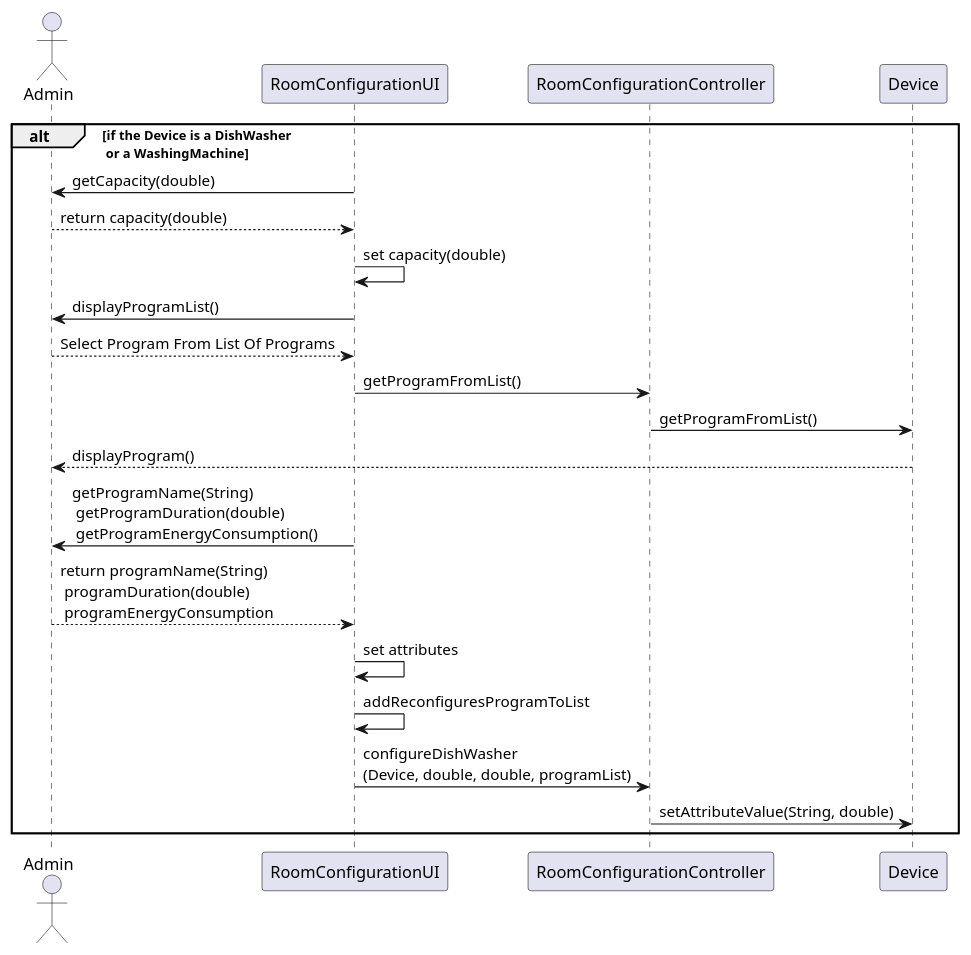
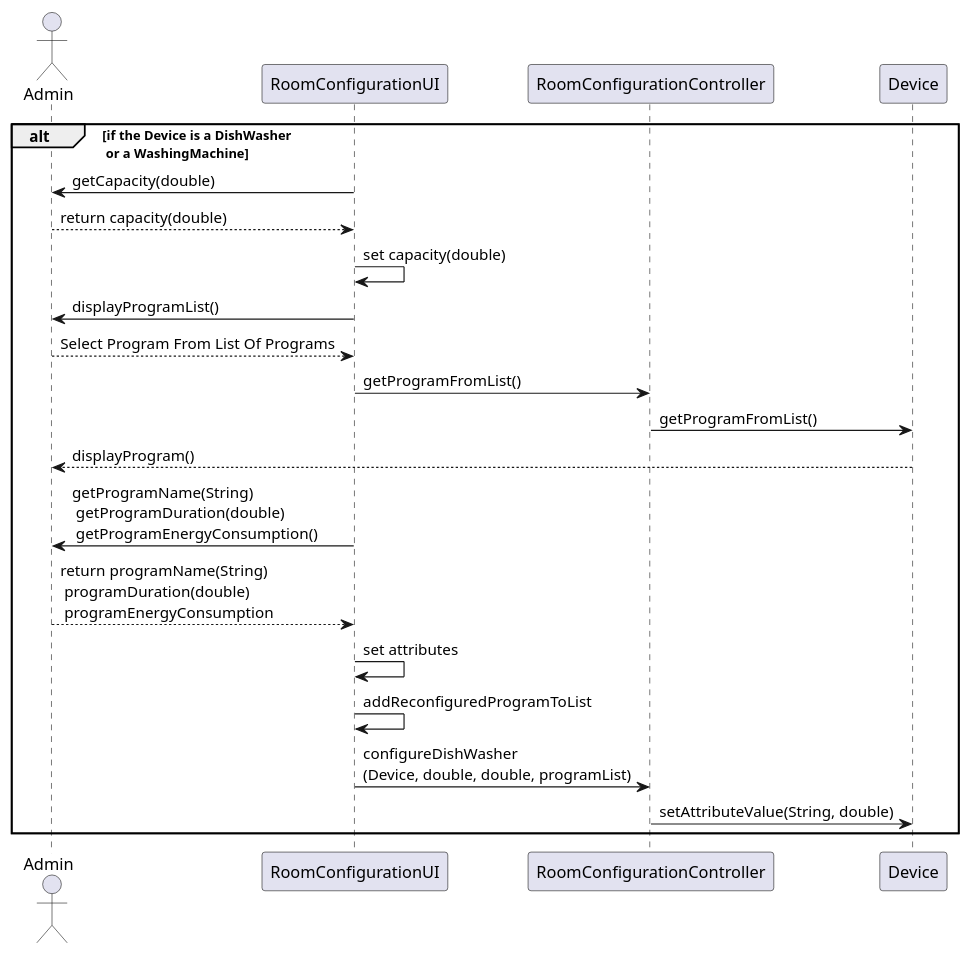
Before and after one commit to Almadanmp/project: the diagram in uml/US215/US215 DishWasher.puml, drawn with PlantUML. The commit also changed 4 other files, not shown here.

```diff
--- a/uml/US215/US215 DishWasher.puml
+++ b/uml/US215/US215 DishWasher.puml
@@ -1,19 +1,19 @@
 @startuml
 actor Admin
 alt if the Device is a DishWasher \n or a WashingMachine
     RoomConfigurationUI -> Admin: getCapacity(double)
     Admin --> RoomConfigurationUI: return capacity(double)
     RoomConfigurationUI ->RoomConfigurationUI: set capacity(double)
     RoomConfigurationUI -> Admin: displayProgramList()
     Admin --> RoomConfigurationUI: Select Program From List Of Programs
     RoomConfigurationUI -> RoomConfigurationController: getProgramFromList()
     RoomConfigurationController->Device:getProgramFromList()
     Device--> Admin:displayProgram()
     RoomConfigurationUI -> Admin: getProgramName(String) \n getProgramDuration(double) \n getProgramEnergyConsumption()
     Admin --> RoomConfigurationUI: return programName(String) \n programDuration(double) \n programEnergyConsumption
     RoomConfigurationUI->RoomConfigurationUI: set attributes
-    RoomConfigurationUI -> RoomConfigurationUI: addReconfiguresProgramToList
+    RoomConfigurationUI -> RoomConfigurationUI: addReconfiguredProgramToList
     RoomConfigurationUI -> RoomConfigurationController: configureDishWasher\n(Device, double, double, programList)
     RoomConfigurationController -> Device: setAttributeValue(String, double)
 end
 @enduml
```
